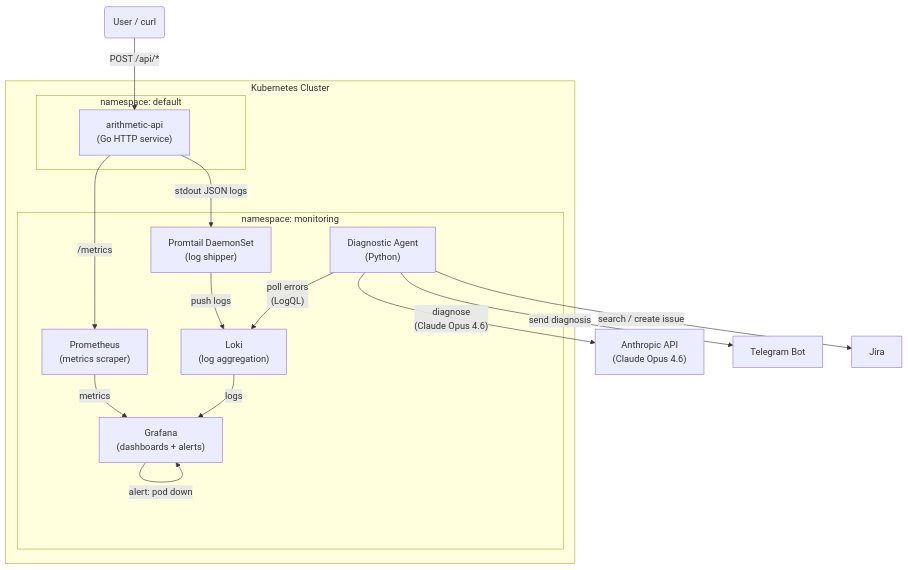
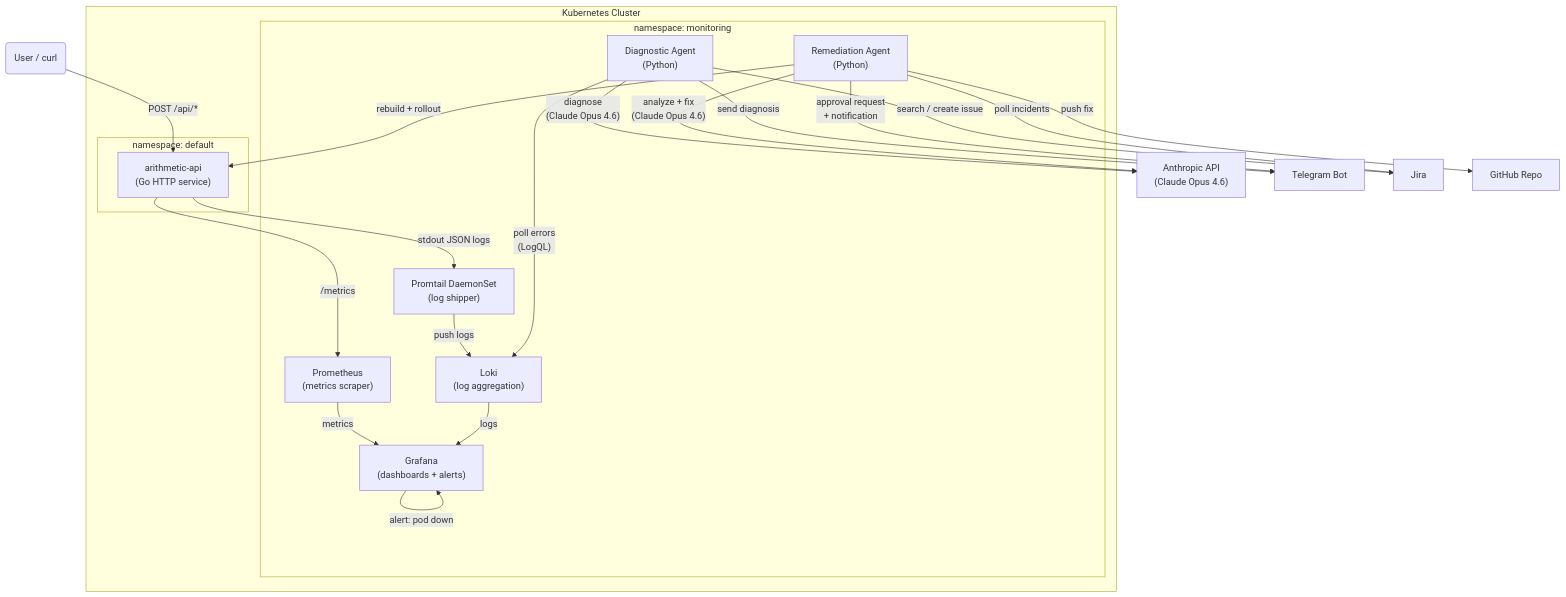
The diagram in README.md (bparoli/devsecops), drawn with Mermaid before and after one commit. The commit also changed other lines of this file and 8 other files, not shown here.

First line of the commit message:
feat: add autonomous remediation agent

````diff
--- a/README.md
+++ b/README.md
@@ -9,28 +9,34 @@
 ```mermaid
 flowchart TD
     subgraph cluster["Kubernetes Cluster"]
         subgraph ns_default["namespace: default"]
             APP["arithmetic-api\n(Go HTTP service)"]
         end
 
         subgraph ns_monitoring["namespace: monitoring"]
             PROM["Prometheus\n(metrics scraper)"]
             LOKI["Loki\n(log aggregation)"]
             GRAFANA["Grafana\n(dashboards + alerts)"]
             PROMTAIL["Promtail DaemonSet\n(log shipper)"]
             AGENT["Diagnostic Agent\n(Python)"]
+            REMEDIATION["Remediation Agent\n(Python)"]
         end
     end
 
     USER("User / curl") -- "POST /api/*" --> APP
     APP -- "/metrics" --> PROM
     APP -- "stdout JSON logs" --> PROMTAIL
     PROMTAIL -- "push logs" --> LOKI
     PROM -- "metrics" --> GRAFANA
     LOKI -- "logs" --> GRAFANA
     GRAFANA -- "alert: pod down" --> GRAFANA
     AGENT -- "poll errors\n(LogQL)" --> LOKI
     AGENT -- "diagnose\n(Claude Opus 4.6)" --> CLAUDE["Anthropic API\n(Claude Opus 4.6)"]
     AGENT -- "send diagnosis" --> TELEGRAM["Telegram Bot"]
     AGENT -- "search / create issue" --> JIRA["Jira"]
+    REMEDIATION -- "poll incidents" --> JIRA
+    REMEDIATION -- "analyze + fix\n(Claude Opus 4.6)" --> CLAUDE
+    REMEDIATION -- "approval request\n+ notification" --> TELEGRAM
+    REMEDIATION -- "push fix" --> GITHUB["GitHub Repo"]
+    REMEDIATION -- "rebuild + rollout" --> APP
 ```
````
